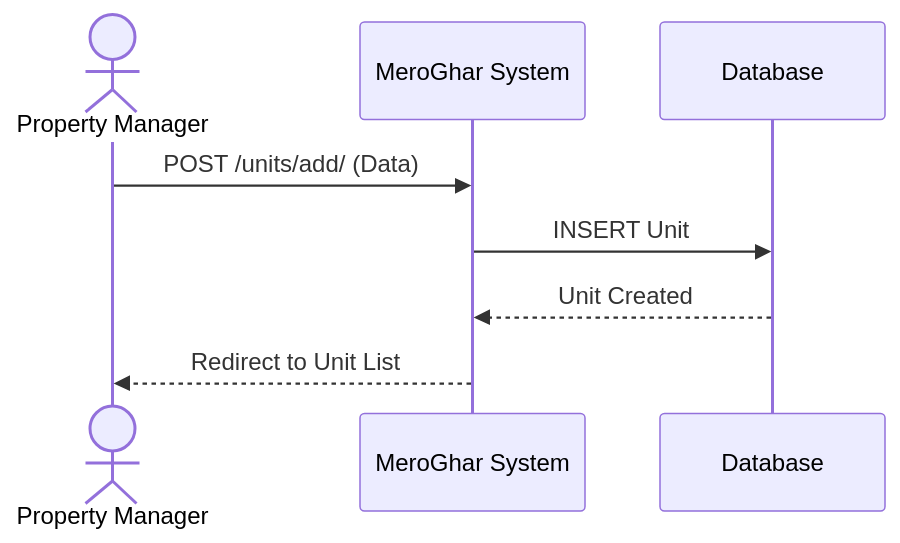
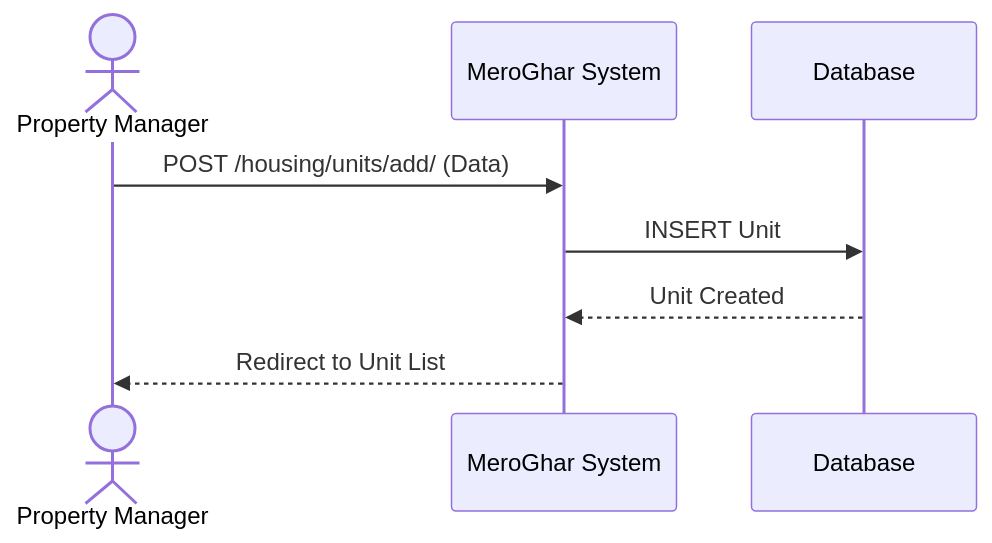
Before and after one commit to 0Ankit0/meroghar: the second of 4 diagrams in docs/workflows/unit.md, drawn with Mermaid. The commit also changed other lines of this file and 10 other files, not shown here.

````diff
--- a/docs/workflows/unit.md
+++ b/docs/workflows/unit.md
@@ -35,11 +35,11 @@
 ```mermaid
 sequenceDiagram
     actor User as Property Manager
     participant System as MeroGhar System
     participant DB as Database
 
-    User->>System: POST /units/add/ (Data)
+    User->>System: POST /housing/units/add/ (Data)
     System->>DB: INSERT Unit
     DB-->>System: Unit Created
     System-->>User: Redirect to Unit List
 ```
````
